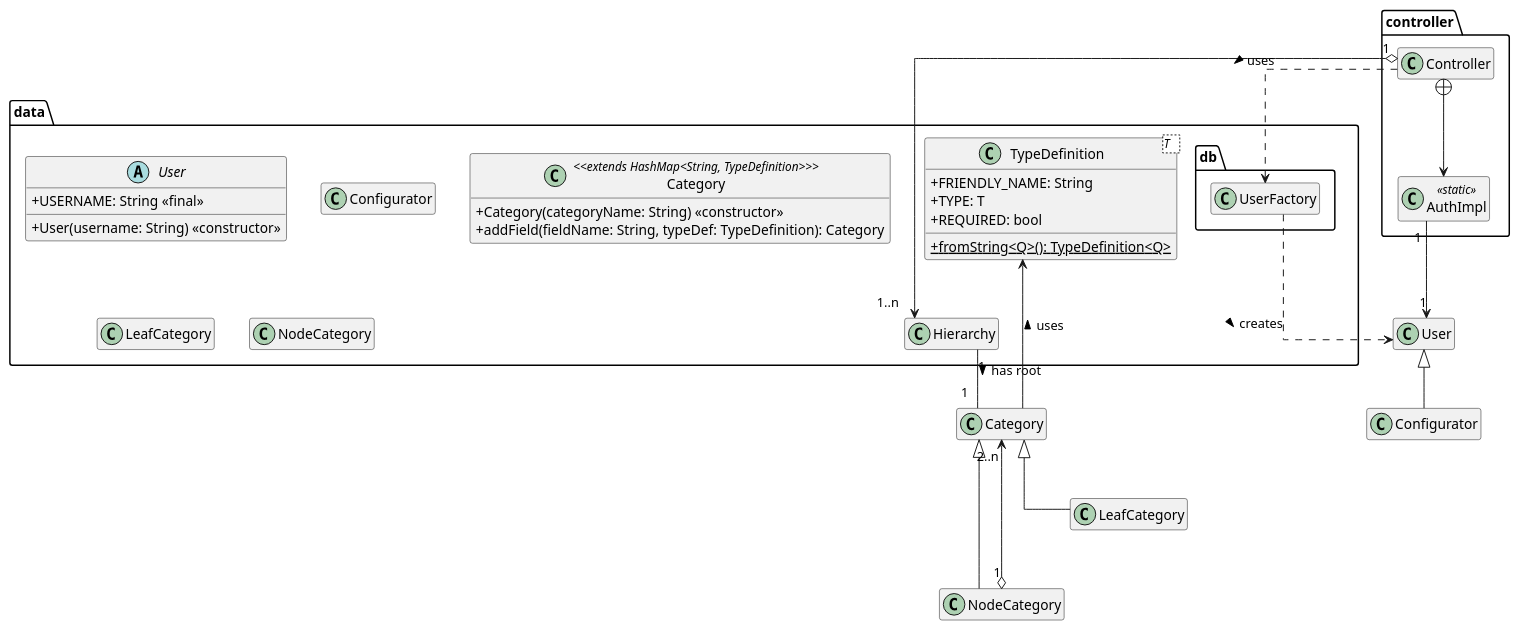
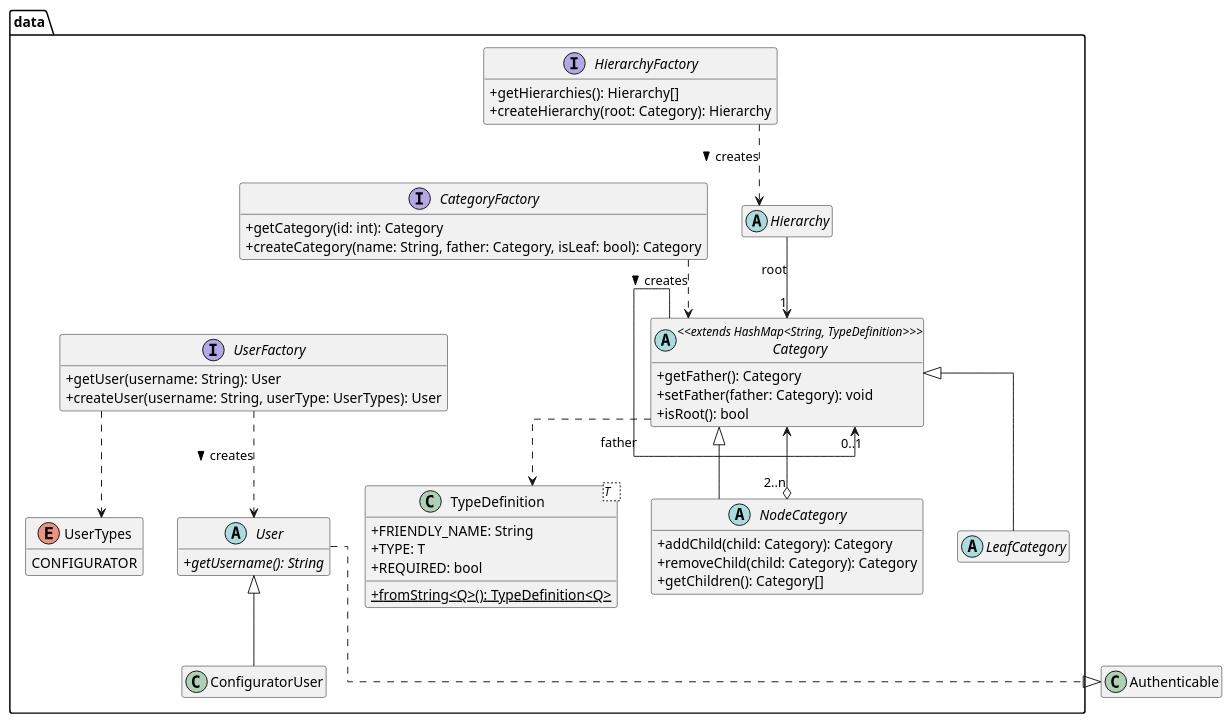
One commit to Matlice/ing_sw_2022 changed the diagram in DOC/VER1/diagrams/class/class_diagram_data.puml. Above: the diagram before and after it, drawn with PlantUML. The commit also changed 3 other files, not shown here.

```diff
--- a/DOC/VER1/diagrams/class/class_diagram_data.puml
+++ b/DOC/VER1/diagrams/class/class_diagram_data.puml
@@ -1,69 +1,75 @@
 @startuml
 
 skinparam ClassAttributeIconSize 0
 'skinparam groupInheritance 2
 skinparam linetype ortho
 hide empty members
 
-package controller #FFFFFF {
-    class Controller
-    class AuthImpl <<static>>
-}
+package data #FFFFFF {
 
-package data #FFFFFF {
-    abstract class User {
-        + USERNAME: String <<final>>
-        + User(username: String) <<constructor>>
+    interface CategoryFactory {
+        + getCategory(id: int): Category
+        + createCategory(name: String, father: Category, isLeaf: bool): Category
     }
 
-    class Configurator {
-    
+    interface HierarchyFactory {
+        + getHierarchies(): Hierarchy[]
+        + createHierarchy(root: Category): Hierarchy
     }
 
-    class Hierarchy{
-
+    interface UserFactory {
+        + getUser(username: String): User
+        + createUser(username: String, userType: UserTypes): User
     }
 
-    class Category <<extends HashMap<String, TypeDefinition>>> {
-        + Category(categoryName: String) <<constructor>>
-        + addField(fieldName: String, typeDef: TypeDefinition): Category
+    enum UserTypes {
+        CONFIGURATOR
+    }
+
+    abstract class Category <<extends HashMap<String, TypeDefinition>>> {
+        + getFather(): Category
+        + setFather(father: Category): void
+        + isRoot(): bool
     }
 
     class TypeDefinition<T   > {
         + FRIENDLY_NAME: String
         + TYPE: T
         + REQUIRED: bool
         + {static} fromString<Q>(): TypeDefinition<Q>
     }
+    abstract class Hierarchy {}
 
-    class LeafCategory{
+    abstract class User {
+        + {abstract} getUsername(): String
     }
 
-    class NodeCategory{
+    class ConfiguratorUser extends User {}
+
+    abstract class NodeCategory extends Category {
+        + addChild(child: Category): Category
+        + removeChild(child: Category): Category
+        + getChildren(): Category[]
     }
-
-    package db #FFFFFF {
-        class UserFactory
-    }
+    
+    abstract class LeafCategory extends Category {}
 
 }
 
+User ..|> Authenticable
 
-class Configurator extends User
-class LeafCategory extends Category
-class NodeCategory extends Category
+Category --> "0..1" Category: father
+Hierarchy --> "1" Category: root
+NodeCategory "2..n" o--> Category
 
-LeafCategory -[hidden]-> NodeCategory
-Controller "1" o--> "1..n" Hierarchy
-Hierarchy "1" -- "1" Category: has root >
-NodeCategory "1" o-right-> "2..n" Category
-Controller +--> AuthImpl
-AuthImpl "1" --> "1" User
-Category -up-> TypeDefinition: uses >
-UserFactory -[hidden]-> Hierarchy
+Category ..> TypeDefinition
 
+HierarchyFactory -[hidden]-> CategoryFactory
+CategoryFactory -[hidden]-> UserFactory
 
-Controller ..> UserFactory: uses >
-UserFactory ..> User: creates >
+CategoryFactory .down.> Category: creates >
+HierarchyFactory .down.> Hierarchy: creates >
+UserFactory .down.> User: creates >
+UserFactory ..> UserTypes
 
 @enduml
```
